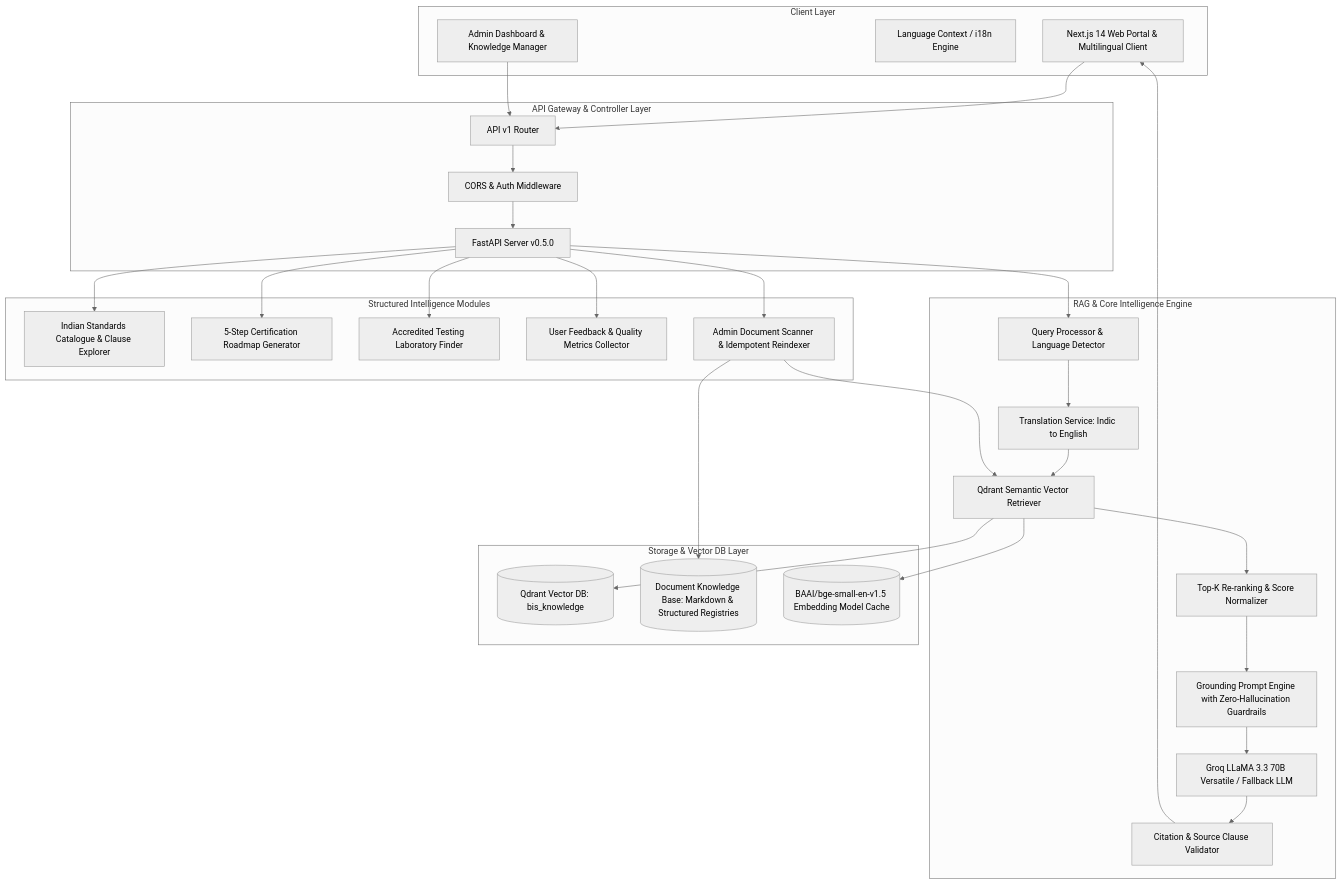
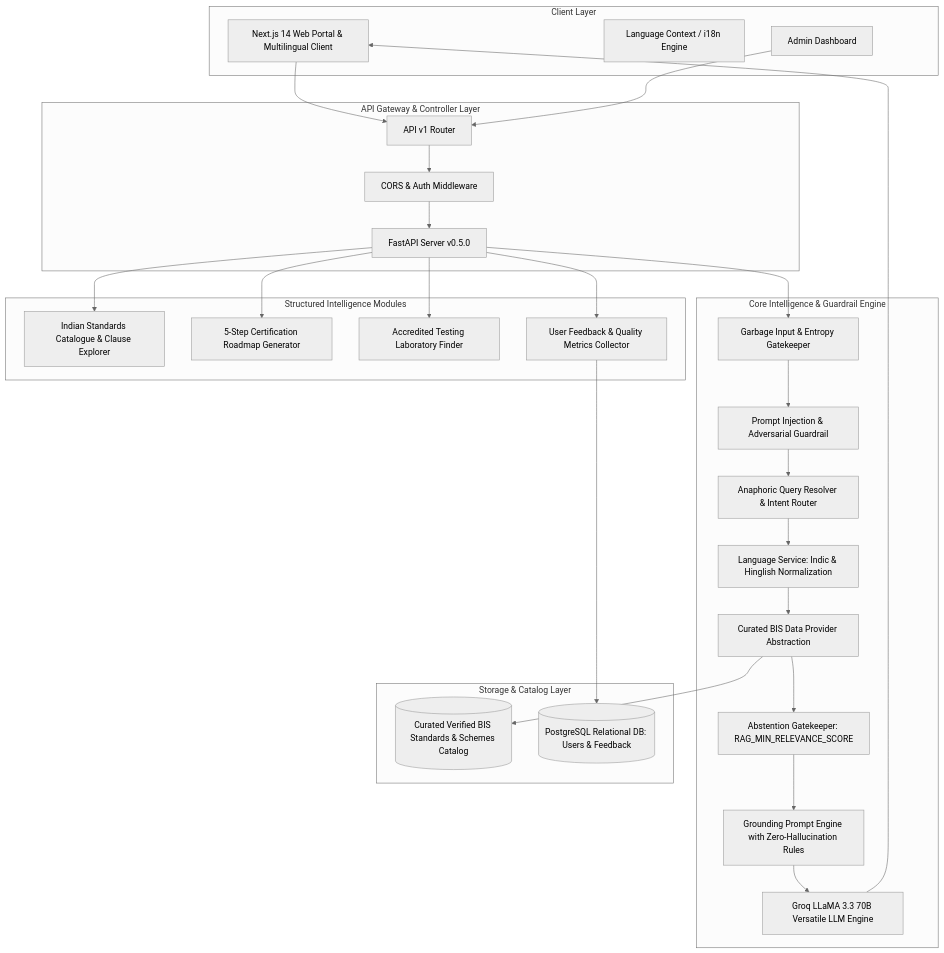
The diagram in docs/architecture-final.md (0MRX0-00/SIH2026-PS-107), drawn with Mermaid (neutral theme) before and after one commit. The commit also changed other lines of this file and 139 other files, not shown here.

````diff
--- a/docs/architecture-final.md
+++ b/docs/architecture-final.md
@@ -9,62 +9,59 @@
 ```mermaid
 graph TB
     subgraph Client Layer
         UI[Next.js 14 Web Portal & Multilingual Client]
         LangCtx[Language Context / i18n Engine]
-        AdminUI[Admin Dashboard & Knowledge Manager]
+        AdminUI[Admin Dashboard]
     end
 
     subgraph API Gateway & Controller Layer
         FastAPI[FastAPI Server v0.5.0]
         CORS[CORS & Auth Middleware]
         Router[API v1 Router]
     end
 
-    subgraph RAG & Core Intelligence Engine
-        QueryProc[Query Processor & Language Detector]
-        TransService[Translation Service: Indic to English]
-        VectorRetriever[Qdrant Semantic Vector Retriever]
-        Reranker[Top-K Re-ranking & Score Normalizer]
-        PromptAssembler[Grounding Prompt Engine with Zero-Hallucination Guardrails]
-        LLMDriver[Groq LLaMA 3.3 70B Versatile / Fallback LLM]
-        CitationValidator[Citation & Source Clause Validator]
+    subgraph Core Intelligence & Guardrail Engine
+        InputGate[Garbage Input & Entropy Gatekeeper]
+        SecGuard[Prompt Injection & Adversarial Guardrail]
+        QueryProc[Anaphoric Query Resolver & Intent Router]
+        TransService[Language Service: Indic & Hinglish Normalization]
+        DataProvider[Curated BIS Data Provider Abstraction]
+        AbstentionGate[Abstention Gatekeeper: RAG_MIN_RELEVANCE_SCORE]
+        PromptAssembler[Grounding Prompt Engine with Zero-Hallucination Rules]
+        LLMDriver[Groq LLaMA 3.3 70B Versatile LLM Engine]
     end
 
     subgraph Structured Intelligence Modules
         StandardsModule[Indian Standards Catalogue & Clause Explorer]
         CertRoadmap[5-Step Certification Roadmap Generator]
         LabDirectory[Accredited Testing Laboratory Finder]
         FeedbackModule[User Feedback & Quality Metrics Collector]
-        AdminModule[Admin Document Scanner & Idempotent Reindexer]
     end
 
-    subgraph Storage & Vector DB Layer
-        Qdrant[(Qdrant Vector DB: bis_knowledge)]
-        KnowledgeFiles[(Document Knowledge Base: Markdown & Structured Registries)]
-        ModelCache[(BAAI/bge-small-en-v1.5 Embedding Model Cache)]
+    subgraph Storage & Catalog Layer
+        SeedCatalog[(Curated Verified BIS Standards & Schemes Catalog)]
+        Postgres[(PostgreSQL Relational DB: Users & Feedback)]
     end
 
     UI --> Router
     AdminUI --> Router
     Router --> CORS
     CORS --> FastAPI
 
-    FastAPI --> QueryProc
+    FastAPI --> InputGate
+    InputGate --> SecGuard
+    SecGuard --> QueryProc
     QueryProc --> TransService
-    TransService --> VectorRetriever
-    VectorRetriever --> ModelCache
-    VectorRetriever --> Qdrant
-    VectorRetriever --> Reranker
-    Reranker --> PromptAssembler
+    TransService --> DataProvider
+    DataProvider --> SeedCatalog
+    DataProvider --> AbstentionGate
+    AbstentionGate --> PromptAssembler
     PromptAssembler --> LLMDriver
-    LLMDriver --> CitationValidator
-    CitationValidator --> UI
+    LLMDriver --> UI
 
     FastAPI --> StandardsModule
     FastAPI --> CertRoadmap
     FastAPI --> LabDirectory
     FastAPI --> FeedbackModule
-    FastAPI --> AdminModule
-    AdminModule --> KnowledgeFiles
-    AdminModule --> VectorRetriever
+    FeedbackModule --> Postgres
 ```
````
